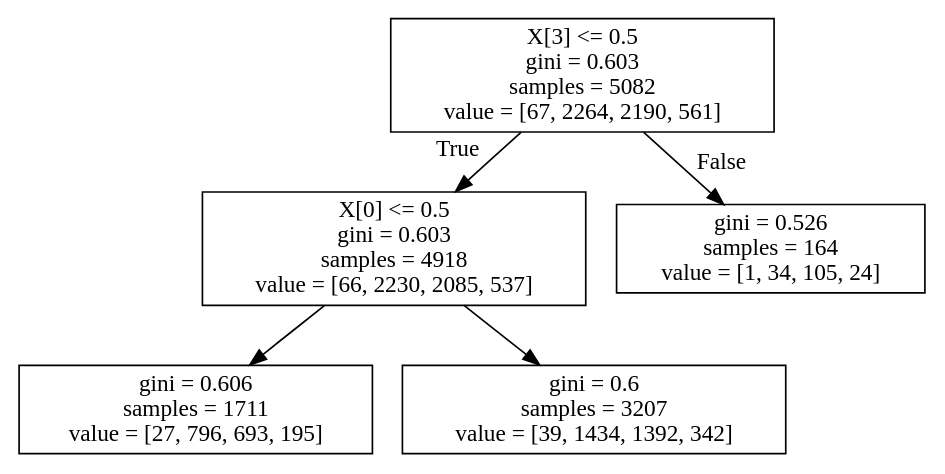
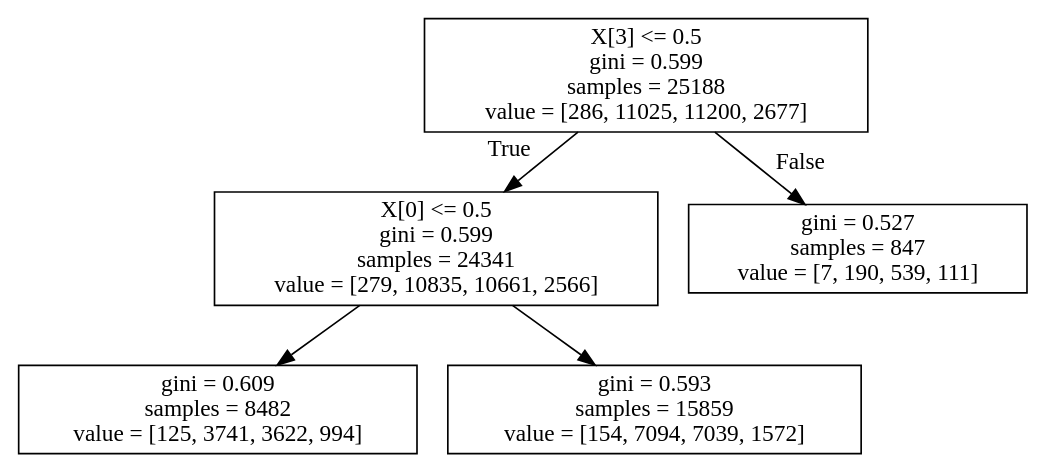
The diagram in data/vizdoom/ppo/0002r2+vizdoo_config_file=vi_en_as_sc_de_th_ce.cfg+max_depth=6+n_batch_rollou=10+max_samples=200000+max_iters=80+train_frac=0.8+is_reweight=False/dt_policy.dot (jesbu1/viper), drawn with Graphviz before and after one commit. The commit also changed 455 other files, not shown here.

```diff
--- a/data/vizdoom/ppo/0002r2+vizdoo_config_file=vi_en_as_sc_de_th_ce.cfg+max_depth=6+n_batch_rollou=10+max_samples=200000+max_iters=80+train_frac=0.8+is_reweight=False/dt_policy.dot
+++ b/data/vizdoom/ppo/0002r2+vizdoo_config_file=vi_en_as_sc_de_th_ce.cfg+max_depth=6+n_batch_rollou=10+max_samples=200000+max_iters=80+train_frac=0.8+is_reweight=False/dt_policy.dot
@@ -1,12 +1,12 @@
 digraph Tree {
 node [shape=box] ;
-0 [label="X[3] <= 0.5\ngini = 0.603\nsamples = 5082\nvalue = [67, 2264, 2190, 561]"] ;
-1 [label="X[0] <= 0.5\ngini = 0.603\nsamples = 4918\nvalue = [66, 2230, 2085, 537]"] ;
+0 [label="X[3] <= 0.5\ngini = 0.599\nsamples = 25188\nvalue = [286, 11025, 11200, 2677]"] ;
+1 [label="X[0] <= 0.5\ngini = 0.599\nsamples = 24341\nvalue = [279, 10835, 10661, 2566]"] ;
 0 -> 1 [labeldistance=2.5, labelangle=45, headlabel="True"] ;
-2 [label="gini = 0.606\nsamples = 1711\nvalue = [27, 796, 693, 195]"] ;
+2 [label="gini = 0.609\nsamples = 8482\nvalue = [125, 3741, 3622, 994]"] ;
 1 -> 2 ;
-3 [label="gini = 0.6\nsamples = 3207\nvalue = [39, 1434, 1392, 342]"] ;
+3 [label="gini = 0.593\nsamples = 15859\nvalue = [154, 7094, 7039, 1572]"] ;
 1 -> 3 ;
-4 [label="gini = 0.526\nsamples = 164\nvalue = [1, 34, 105, 24]"] ;
+4 [label="gini = 0.527\nsamples = 847\nvalue = [7, 190, 539, 111]"] ;
 0 -> 4 [labeldistance=2.5, labelangle=-45, headlabel="False"] ;
 }
```
